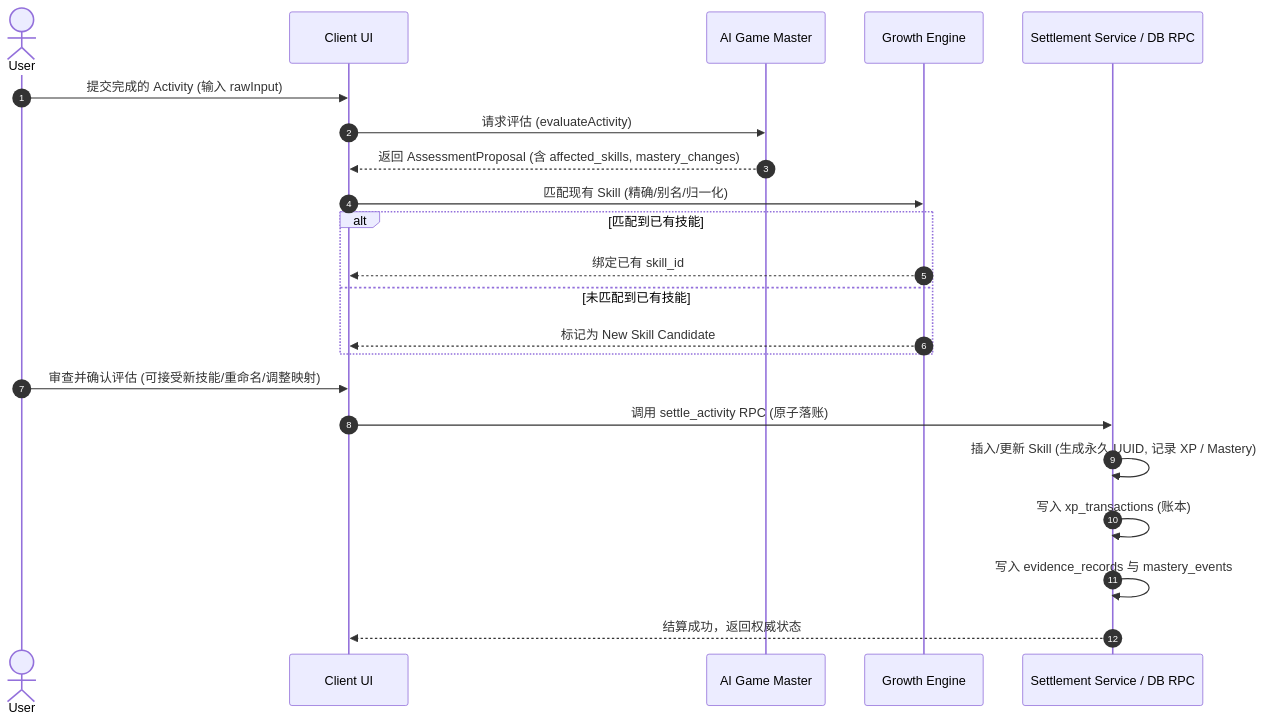
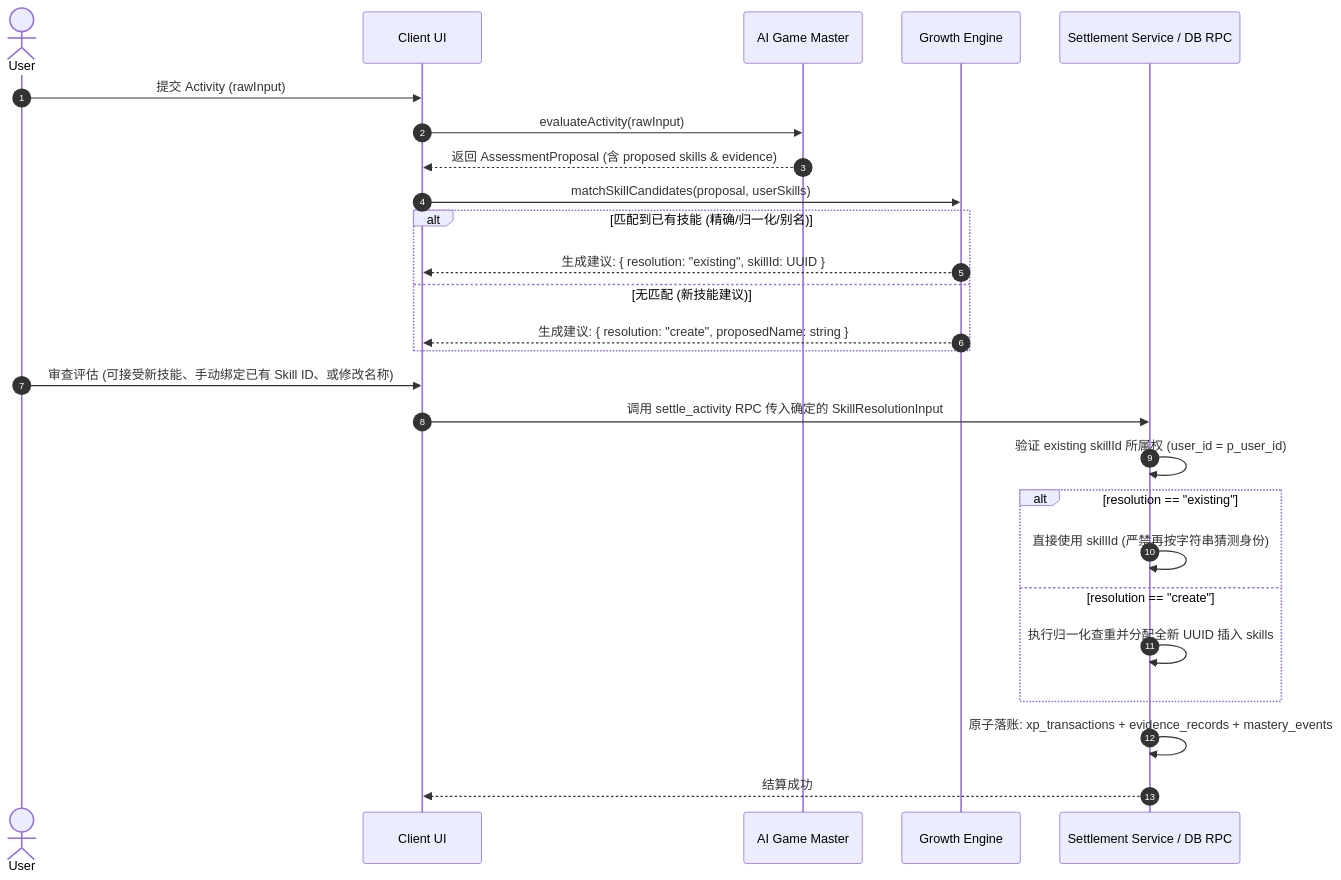
Before and after one commit to Daylily-Huang/AI-Personal-Growth-RPG: the diagram in docs/Stage5/02_SKILL_TREE_AUTHORITY_RULES.md, drawn with Mermaid. The commit also changed other lines of this file and 5 other files, not shown here.

````diff
--- a/docs/Stage5/02_SKILL_TREE_AUTHORITY_RULES.md
+++ b/docs/Stage5/02_SKILL_TREE_AUTHORITY_RULES.md
@@ -13,27 +41,31 @@
 ```mermaid
 sequenceDiagram
     autonumber
     actor User
     participant App as Client UI
     participant AI as AI Game Master
     participant Engine as Growth Engine
     participant Store as Settlement Service / DB RPC
 
-    User->>App: 提交完成的 Activity (输入 rawInput)
-    App->>AI: 请求评估 (evaluateActivity)
-    AI-->>App: 返回 AssessmentProposal (含 affected_skills, mastery_changes)
+    User->>App: 提交 Activity (rawInput)
+    App->>AI: evaluateActivity(rawInput)
+    AI-->>App: 返回 AssessmentProposal (含 proposed skills & evidence)
     
-    App->>Engine: 匹配现有 Skill (精确/别名/归一化)
-    alt 匹配到已有技能
-        Engine-->>App: 绑定已有 skill_id
-    else 未匹配到已有技能
-        Engine-->>App: 标记为 New Skill Candidate
+    App->>Engine: matchSkillCandidates(proposal, userSkills)
+    alt 匹配到已有技能 (精确/归一化/别名)
+        Engine-->>App: 生成建议: { resolution: "existing", skillId: UUID }
+    else 无匹配 (新技能建议)
+        Engine-->>App: 生成建议: { resolution: "create", proposedName: string }
     end
 
-    User->>App: 审查并确认评估 (可接受新技能/重命名/调整映射)
-    App->>Store: 调用 settle_activity RPC (原子落账)
-    Store->>Store: 插入/更新 Skill (生成永久 UUID, 记录 XP / Mastery)
-    Store->>Store: 写入 xp_transactions (账本)
-    Store->>Store: 写入 evidence_records 与 mastery_events
-    Store-->>App: 结算成功，返回权威状态
+    User->>App: 审查评估 (可接受新技能、手动绑定已有 Skill ID、或修改名称)
+    App->>Store: 调用 settle_activity RPC 传入确定的 SkillResolutionInput
+    Store->>Store: 验证 existing skillId 所属权 (user_id = p_user_id)
+    alt resolution == "existing"
+        Store->>Store: 直接使用 skillId (严禁再按字符串猜测身份)
+    else resolution == "create"
+        Store->>Store: 执行归一化查重并分配全新 UUID 插入 skills
+    end
+    Store->>Store: 原子落账: xp_transactions + evidence_records + mastery_events
+    Store-->>App: 结算成功
 ```
````
